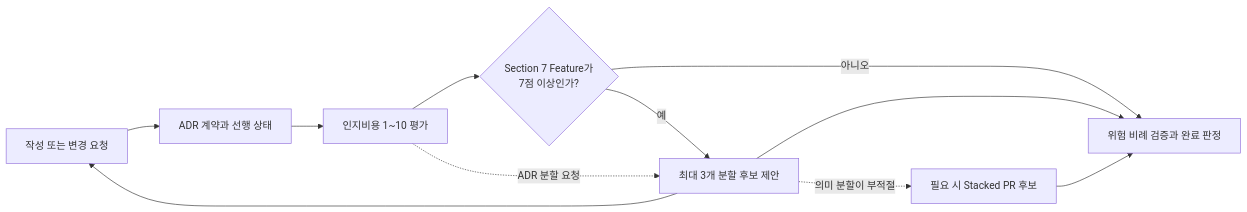
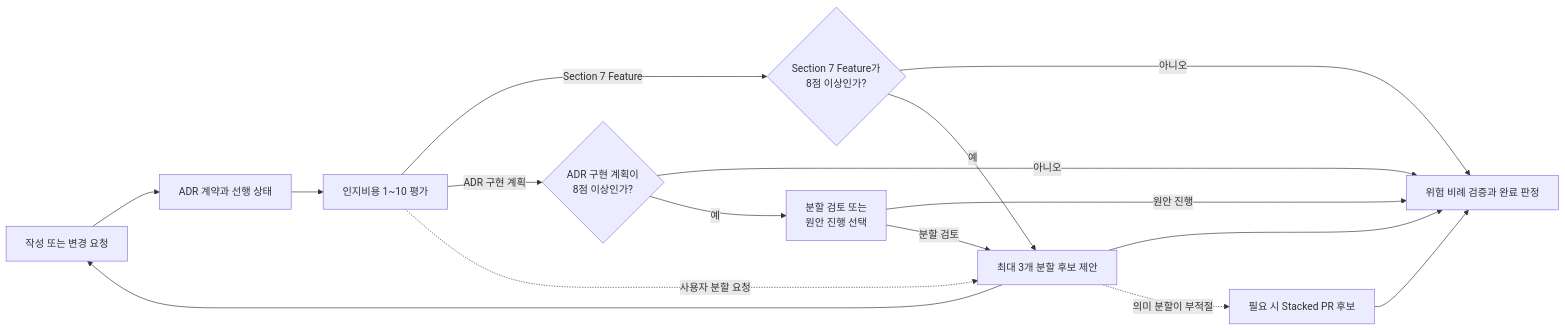
The diagram in docs/adr/delivery/development-flow/0001-safe-proportional-development-gates.md (haandol/alps-writer-mcp), drawn with Mermaid before and after one commit. The commit also changed other lines of this file and 31 other files, not shown here.

Commit message:
feat(adr): gate high-load split review

````diff
--- a/docs/adr/delivery/development-flow/0001-safe-proportional-development-gates.md
+++ b/docs/adr/delivery/development-flow/0001-safe-proportional-development-gates.md
@@ -37,18 +39,26 @@
 ```mermaid
 flowchart LR
     Input[작성 또는 변경 요청]
     Safety[ADR 계약과 선행 상태]
     Assess[인지비용 1~10 평가]
-    FeatureHigh{Section 7 Feature가<br/>7점 이상인가?}
+    FeatureHigh{Section 7 Feature가<br/>8점 이상인가?}
+    AdrHigh{ADR 구현 계획이<br/>8점 이상인가?}
+    AskSplit[분할 검토 또는<br/>원안 진행 선택]
     Suggest[최대 3개 분할 후보 제안]
     Stack[필요 시 Stacked PR 후보]
     Verify[위험 비례 검증과 완료 판정]
 
-    Input --> Safety --> Assess --> FeatureHigh
+    Input --> Safety --> Assess
+    Assess -->|Section 7 Feature| FeatureHigh
+    Assess -->|ADR 구현 계획| AdrHigh
     FeatureHigh -->|아니오| Verify
     FeatureHigh -->|예| Suggest --> Verify
-    Assess -. ADR 분할 요청 .-> Suggest
+    AdrHigh -->|아니오| Verify
+    AdrHigh -->|예| AskSplit
+    AskSplit -->|원안 진행| Verify
+    AskSplit -->|분할 검토| Suggest
+    Assess -. 사용자 분할 요청 .-> Suggest
     Suggest -. 의미 분할이 부적절 .-> Stack
     Suggest --> Input
     Stack --> Verify
 ```
````
